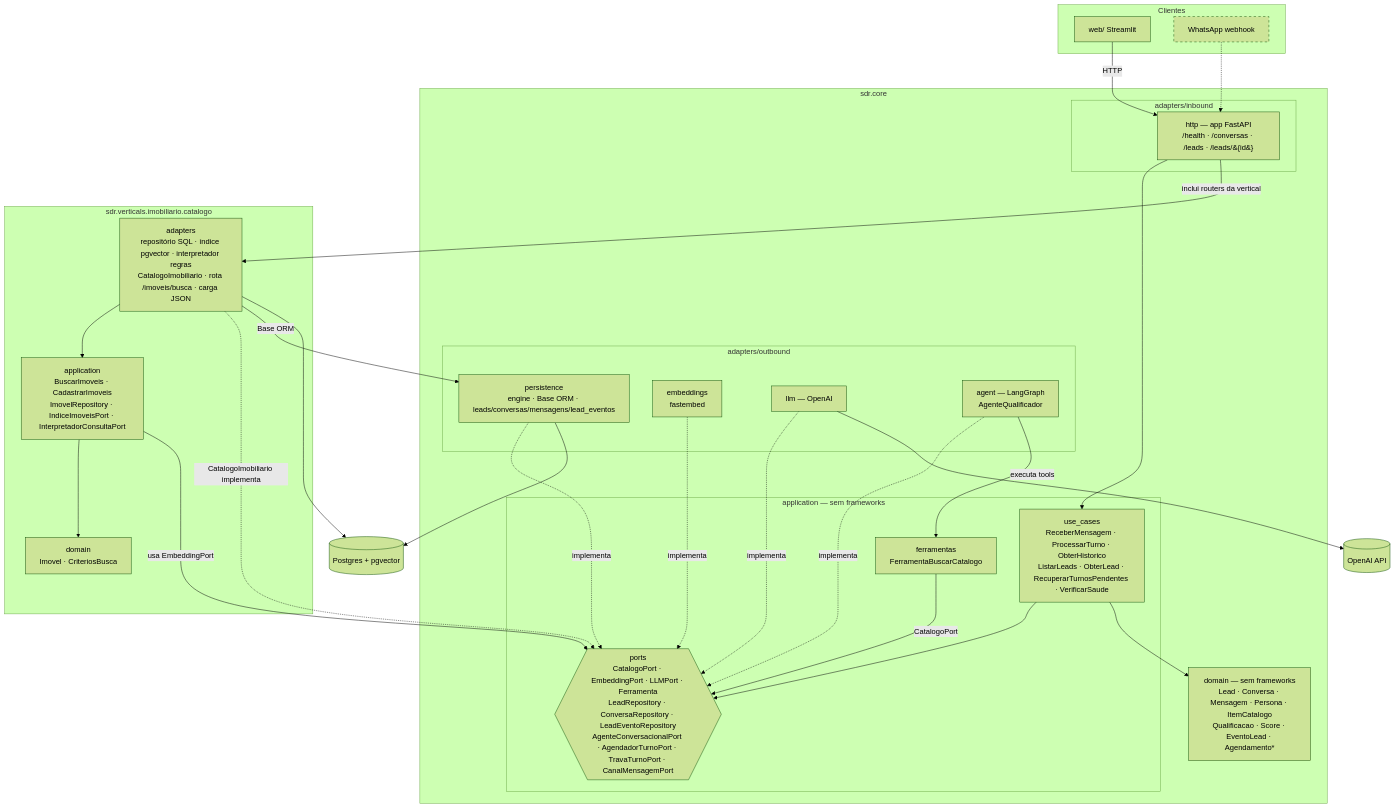
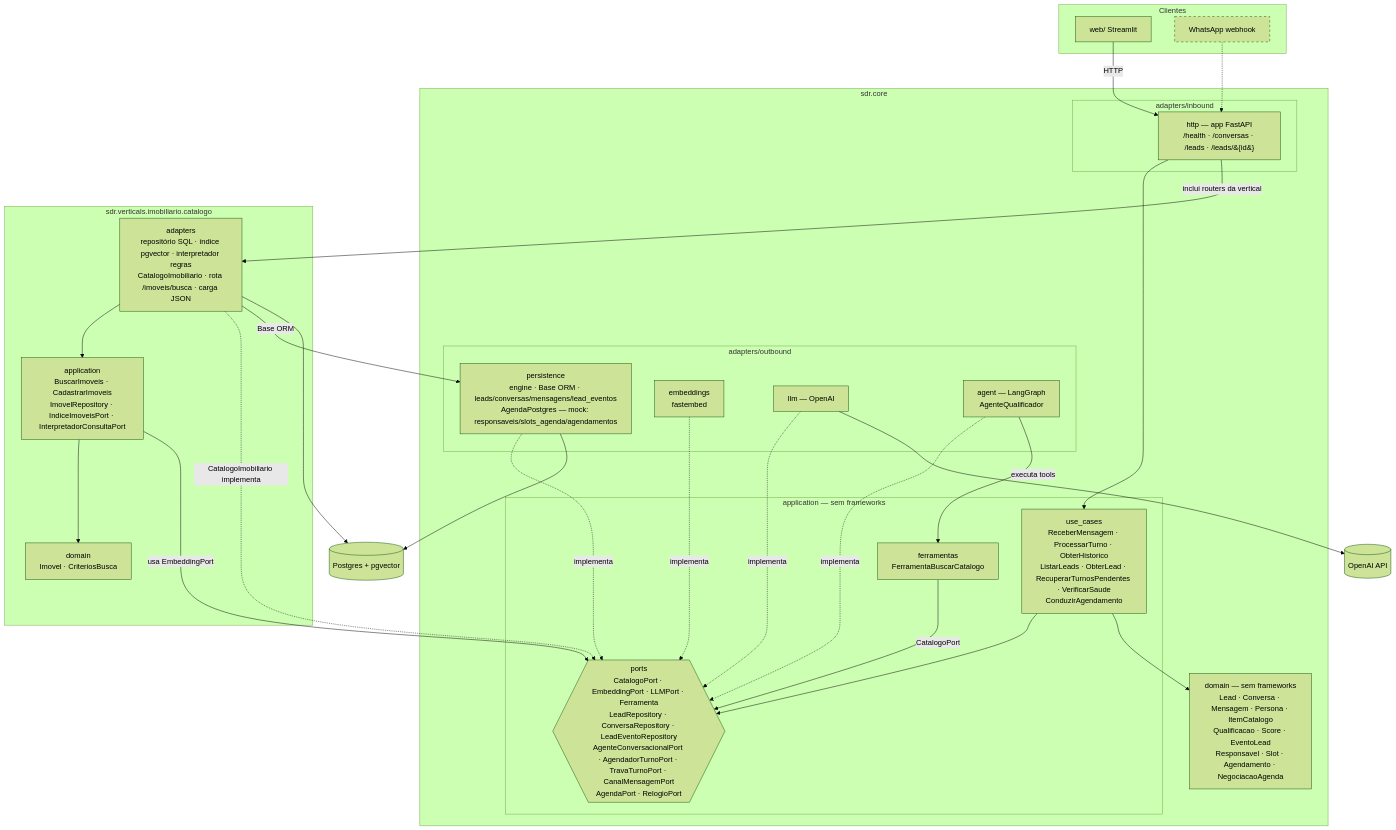
Before and after one commit to amaranini/tech-challenge-fase-5: the third of 12 diagrams in docs/arquitetura.md, drawn with Mermaid (forest theme). The commit also changed other lines of this file and 50 other files, not shown here.

First line of the commit message:
Dia 3 Etapa A: agendamento (AgendaPort mock, nó de agenda no grafo, eventos)

````diff
--- a/docs/arquitetura.md
+++ b/docs/arquitetura.md
@@ -88,57 +90,57 @@
 ```mermaid
 flowchart TB
     subgraph clientes[Clientes]
         web[web/ Streamlit]
         wpp[WhatsApp webhook]:::futuro
     end
 
     subgraph core[sdr.core]
         subgraph cin[adapters/inbound]
             http[http — app FastAPI<br/>/health · /conversas · /leads · /leads/&#123;id&#125;]
         end
         subgraph capp[application — sem frameworks]
-            cuc[use_cases<br/>ReceberMensagem · ProcessarTurno · ObterHistorico<br/>ListarLeads · ObterLead · RecuperarTurnosPendentes · VerificarSaude]
-            cports{{ports<br/>CatalogoPort · EmbeddingPort · LLMPort · Ferramenta<br/>LeadRepository · ConversaRepository · LeadEventoRepository<br/>AgenteConversacionalPort · AgendadorTurnoPort · TravaTurnoPort · CanalMensagemPort}}
+            cuc[use_cases<br/>ReceberMensagem · ProcessarTurno · ObterHistorico<br/>ListarLeads · ObterLead · RecuperarTurnosPendentes · VerificarSaude<br/>ConduzirAgendamento]
+            cports{{ports<br/>CatalogoPort · EmbeddingPort · LLMPort · Ferramenta<br/>LeadRepository · ConversaRepository · LeadEventoRepository<br/>AgenteConversacionalPort · AgendadorTurnoPort · TravaTurnoPort · CanalMensagemPort<br/>AgendaPort · RelogioPort}}
             cferr[ferramentas<br/>FerramentaBuscarCatalogo]
         end
-        cdom[domain — sem frameworks<br/>Lead · Conversa · Mensagem · Persona · ItemCatalogo<br/>Qualificacao · Score · EventoLead · Agendamento*]
+        cdom[domain — sem frameworks<br/>Lead · Conversa · Mensagem · Persona · ItemCatalogo<br/>Qualificacao · Score · EventoLead<br/>Responsavel · Slot · Agendamento · NegociacaoAgenda]
         subgraph cout[adapters/outbound]
-            persist[persistence<br/>engine · Base ORM · leads/conversas/mensagens/lead_eventos]
+            persist[persistence<br/>engine · Base ORM · leads/conversas/mensagens/lead_eventos<br/>AgendaPostgres — mock: responsaveis/slots_agenda/agendamentos]
             emb[embeddings<br/>fastembed]
             llm[llm — OpenAI]
             agent[agent — LangGraph<br/>AgenteQualificador]
         end
     end
 
     subgraph vcat[sdr.verticals.imobiliario.catalogo]
         vdom[domain<br/>Imovel · CriteriosBusca]
         vapp[application<br/>BuscarImoveis · CadastrarImoveis<br/>ImovelRepository · IndiceImoveisPort · InterpretadorConsultaPort]
         vad[adapters<br/>repositório SQL · índice pgvector · interpretador regras<br/>CatalogoImobiliario · rota /imoveis/busca · carga JSON]
     end
 
     pg[(Postgres + pgvector)]
     openaiapi[(OpenAI API)]
 
     web -- HTTP --> http
     wpp -.-> http
     http --> cuc --> cports
     cuc --> cdom
     persist -. implementa .-> cports
     emb -. implementa .-> cports
     llm -. implementa .-> cports
     agent -. implementa .-> cports
     agent -- "executa tools" --> cferr
     cferr -- CatalogoPort --> cports
 
     vad --> vapp --> vdom
     vad -. "CatalogoImobiliario implementa" .-> cports
     vapp -- usa EmbeddingPort --> cports
     vad -- "Base ORM" --> persist
     http -- "inclui routers da vertical" --> vad
 
     persist --> pg
     vad --> pg
     llm --> openaiapi
 
     classDef futuro stroke-dasharray: 5 5
 ```
````
